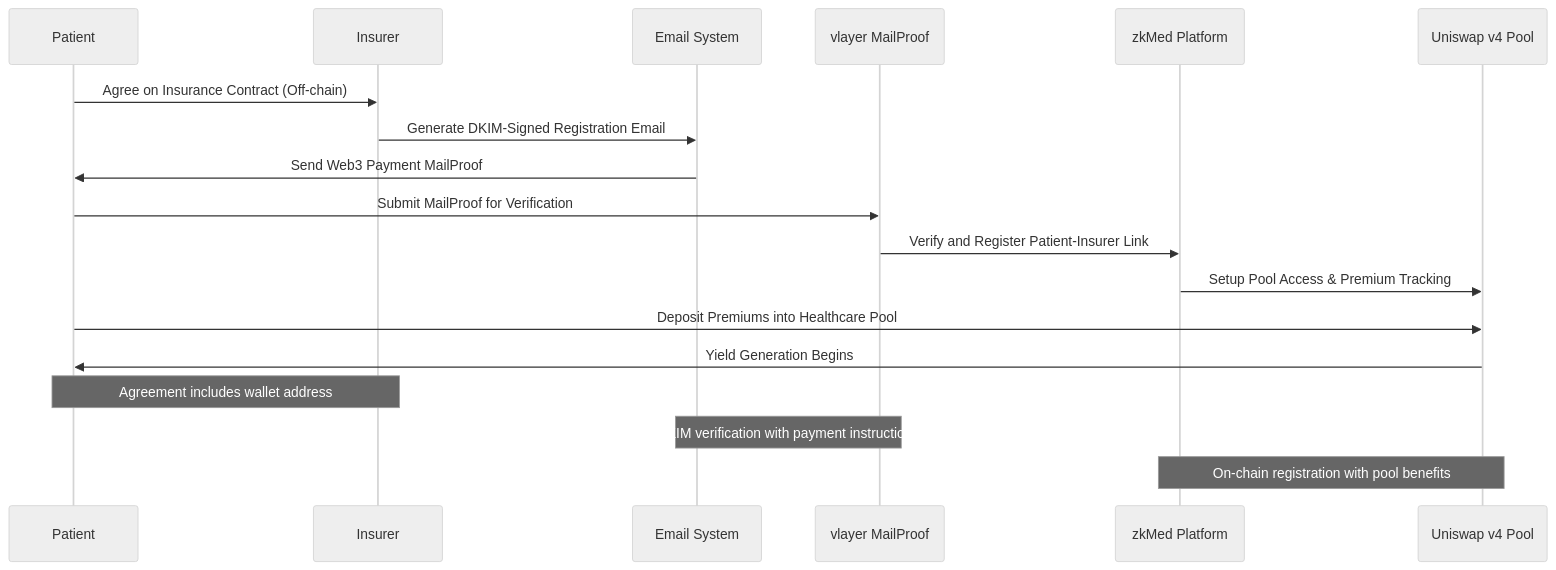
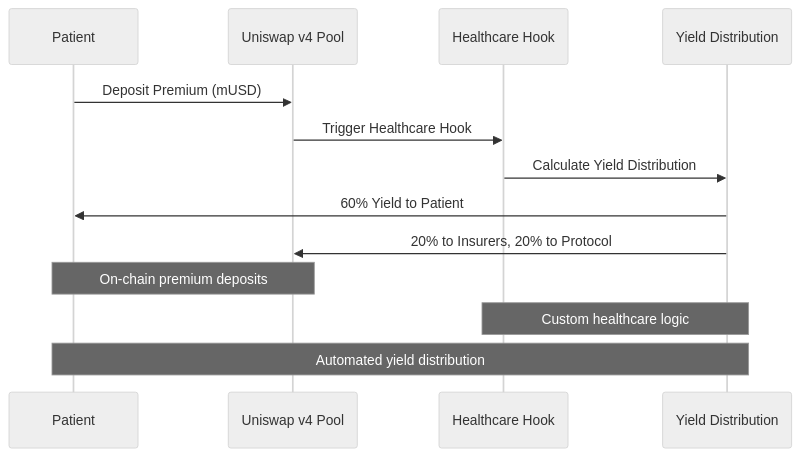
One commit to ppezzull/zkMed changed the fifth of 8 diagrams in memory-bank/activeContext.md. Above: the diagram before and after it, drawn with Mermaid (neutral theme). The commit also changed other lines of this file and 5 other files, not shown here.

````diff
--- a/memory-bank/activeContext.md
+++ b/memory-bank/activeContext.md
@@ -189,22 +185,17 @@
 ```mermaid
 sequenceDiagram
     participant P as Patient
-    participant I as Insurer
-    participant E as Email System
-    participant V as vlayer MailProof
-    participant Z as zkMed Platform
     participant U as Uniswap v4 Pool
+    participant H as Healthcare Hook
+    participant Y as Yield Distribution
 
-    P->>I: Agree on Insurance Contract (Off-chain)
-    I->>E: Generate DKIM-Signed Registration Email
-    E->>P: Send Web3 Payment MailProof
-    P->>V: Submit MailProof for Verification
-    V->>Z: Verify and Register Patient-Insurer Link
-    Z->>U: Setup Pool Access & Premium Tracking
-    P->>U: Deposit Premiums into Healthcare Pool
-    U->>P: Yield Generation Begins
+    P->>U: Deposit Premium (mUSD)
+    U->>H: Trigger Healthcare Hook
+    H->>Y: Calculate Yield Distribution
+    Y->>P: 60% Yield to Patient
+    Y->>U: 20% to Insurers, 20% to Protocol
     
-    Note over P,I: Agreement includes wallet address
-    Note over E,V: DKIM verification with payment instructions
-    Note over Z,U: On-chain registration with pool benefits
+    Note over P,U: On-chain premium deposits
+    Note over H,Y: Custom healthcare logic
+    Note over Y,P: Automated yield distribution
 ```
````
